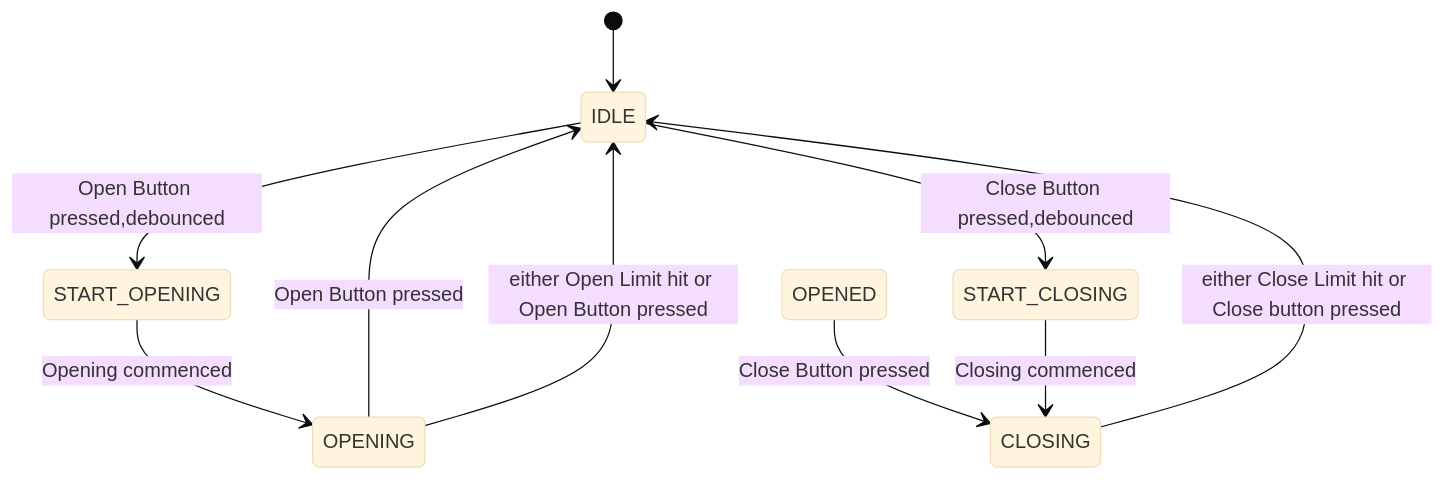
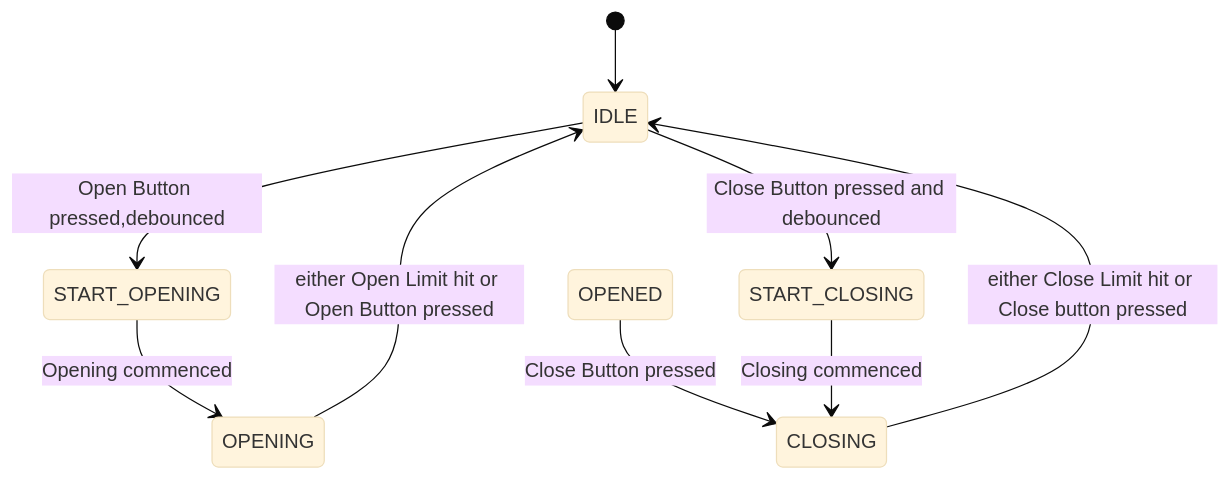
The diagram in john/README.md (microcontrollersig/workshop), drawn with Mermaid (base theme) before and after one commit.

````diff
--- a/john/README.md
+++ b/john/README.md
@@ -6,15 +6,14 @@
 ```mermaid
 stateDiagram-v2
     direction TB
     [*] --> IDLE
     IDLE --> START_OPENING: Open Button pressed,debounced
-    IDLE --> START_CLOSING: Close Button pressed,debounced
-    OPENING --> IDLE: Open Button pressed
+    IDLE --> START_CLOSING: Close Button pressed and debounced
     CLOSING --> IDLE: either Close Limit hit or Close button pressed
     OPENING --> IDLE: either Open Limit hit or Open Button pressed
     OPENED --> CLOSING: Close Button pressed
 START_OPENING --> OPENING: Opening commenced
     
       START_CLOSING --> CLOSING: Closing commenced
   
 ```
````
